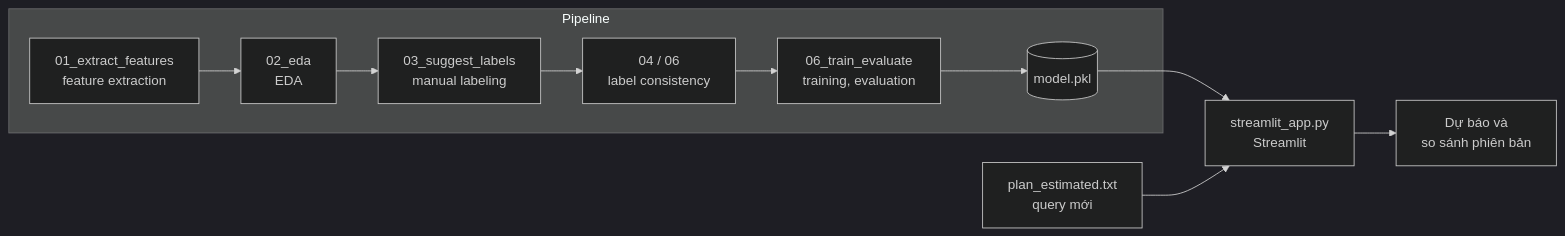
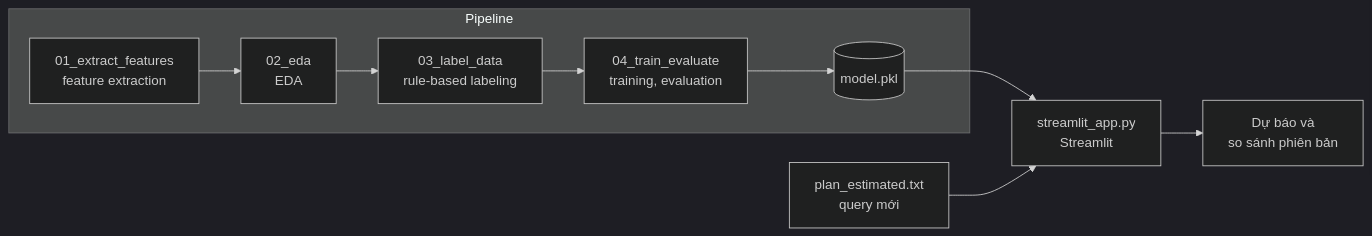
Before and after one commit to miniweeb/SQL-Performance: the diagram in README.md, drawn with Mermaid (dark theme). The commit also changed other lines of this file and 2 other files, not shown here.

````diff
--- a/README.md
+++ b/README.md
@@ -100,13 +99,12 @@
 ```mermaid
 flowchart LR
     subgraph P["Pipeline"]
         A[01_extract_features<br/>feature extraction] --> B[02_eda<br/>EDA]
-        B --> C[03_suggest_labels<br/>manual labeling]
-        C --> D[04 / 06<br/>label consistency]
-        D --> E[06_train_evaluate<br/>training, evaluation]
+        B --> C[03_label_data<br/>rule-based labeling]
+        C --> E[04_train_evaluate<br/>training, evaluation]
         E --> F[(model.pkl)]
     end
     F --> G[streamlit_app.py<br/>Streamlit]
     H[plan_estimated.txt<br/>query mới] --> G
     G --> I[Dự báo và<br/>so sánh phiên bản]
 ```
````
